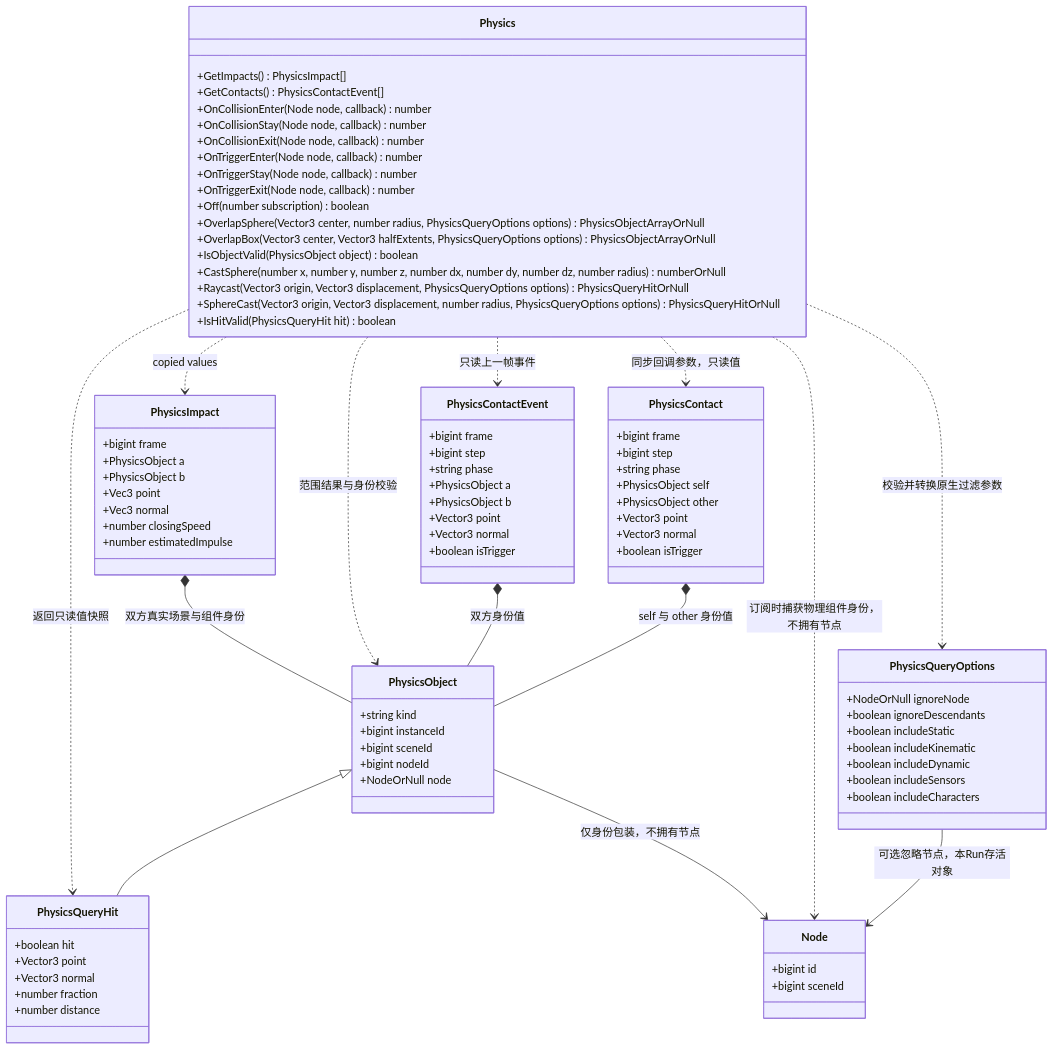
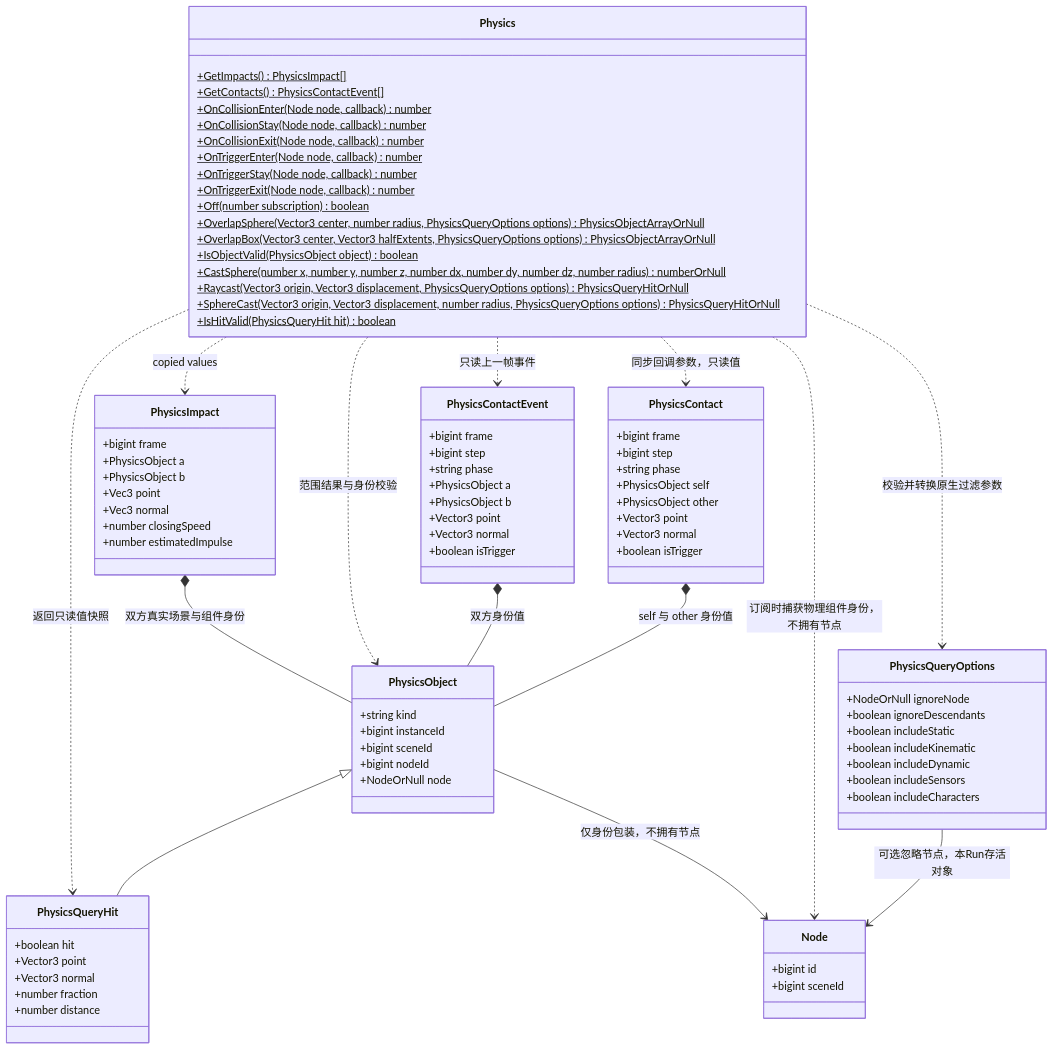
Before and after one commit to lcals/Engine: the fourth of 4 diagrams in docs/plugins/runtime/class-diagrams/physics-audio-script-api.md, drawn with Mermaid. The commit also changed 222 other files, not shown here.

Commit message:
Consolidate editor asset imports and align architecture documentation

````diff
--- a/docs/plugins/runtime/class-diagrams/physics-audio-script-api.md
+++ b/docs/plugins/runtime/class-diagrams/physics-audio-script-api.md
@@ -82,22 +82,22 @@
 ```mermaid
 classDiagram
 class Physics {
-    +GetImpacts() PhysicsImpact[]
-    +GetContacts() PhysicsContactEvent[]
-    +OnCollisionEnter(Node node, callback) number
-    +OnCollisionStay(Node node, callback) number
-    +OnCollisionExit(Node node, callback) number
-    +OnTriggerEnter(Node node, callback) number
-    +OnTriggerStay(Node node, callback) number
-    +OnTriggerExit(Node node, callback) number
-    +Off(number subscription) boolean
-    +OverlapSphere(Vector3 center, number radius, PhysicsQueryOptions options) PhysicsObjectArrayOrNull
-    +OverlapBox(Vector3 center, Vector3 halfExtents, PhysicsQueryOptions options) PhysicsObjectArrayOrNull
-    +IsObjectValid(PhysicsObject object) boolean
-    +CastSphere(number x, number y, number z, number dx, number dy, number dz, number radius) numberOrNull
-    +Raycast(Vector3 origin, Vector3 displacement, PhysicsQueryOptions options) PhysicsQueryHitOrNull
-    +SphereCast(Vector3 origin, Vector3 displacement, number radius, PhysicsQueryOptions options) PhysicsQueryHitOrNull
-    +IsHitValid(PhysicsQueryHit hit) boolean
+    +GetImpacts() PhysicsImpact[]$
+    +GetContacts() PhysicsContactEvent[]$
+    +OnCollisionEnter(Node node, callback) number$
+    +OnCollisionStay(Node node, callback) number$
+    +OnCollisionExit(Node node, callback) number$
+    +OnTriggerEnter(Node node, callback) number$
+    +OnTriggerStay(Node node, callback) number$
+    +OnTriggerExit(Node node, callback) number$
+    +Off(number subscription) boolean$
+    +OverlapSphere(Vector3 center, number radius, PhysicsQueryOptions options) PhysicsObjectArrayOrNull$
+    +OverlapBox(Vector3 center, Vector3 halfExtents, PhysicsQueryOptions options) PhysicsObjectArrayOrNull$
+    +IsObjectValid(PhysicsObject object) boolean$
+    +CastSphere(number x, number y, number z, number dx, number dy, number dz, number radius) numberOrNull$
+    +Raycast(Vector3 origin, Vector3 displacement, PhysicsQueryOptions options) PhysicsQueryHitOrNull$
+    +SphereCast(Vector3 origin, Vector3 displacement, number radius, PhysicsQueryOptions options) PhysicsQueryHitOrNull$
+    +IsHitValid(PhysicsQueryHit hit) boolean$
 }
 class PhysicsQueryOptions {
     +NodeOrNull ignoreNode
````
